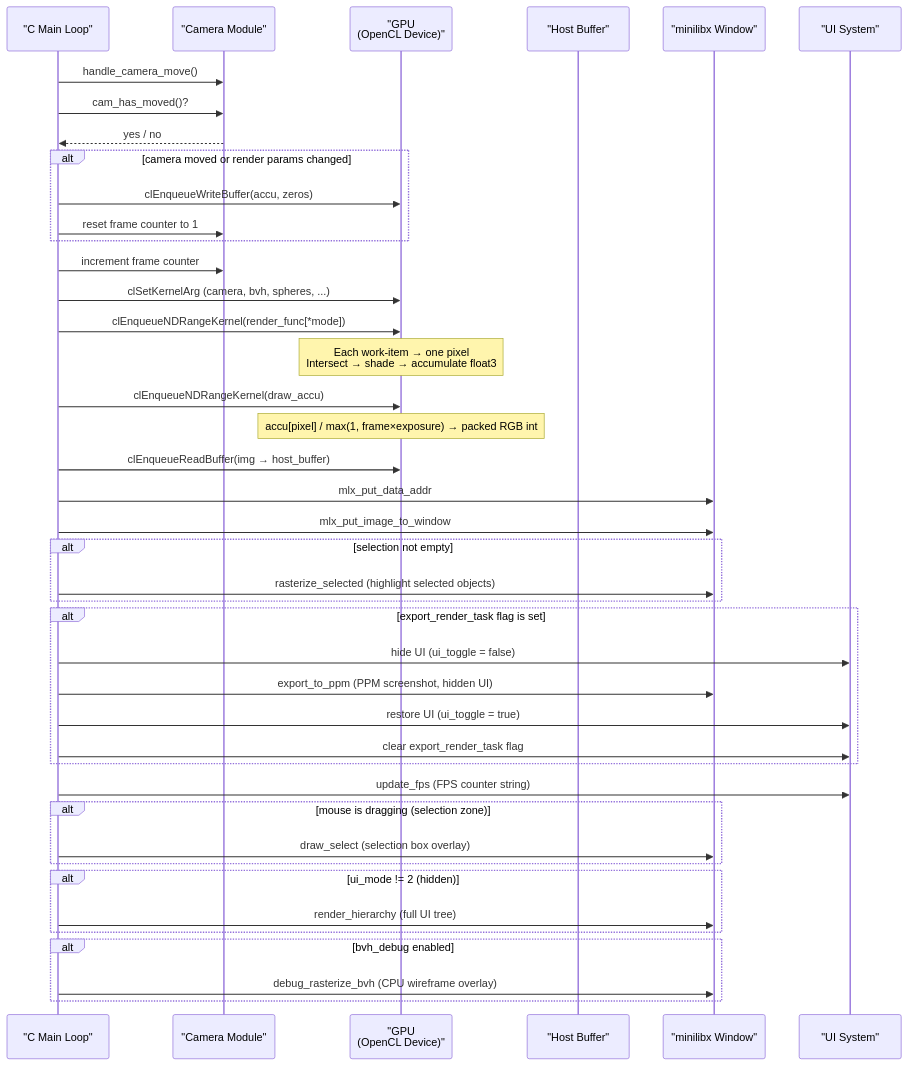
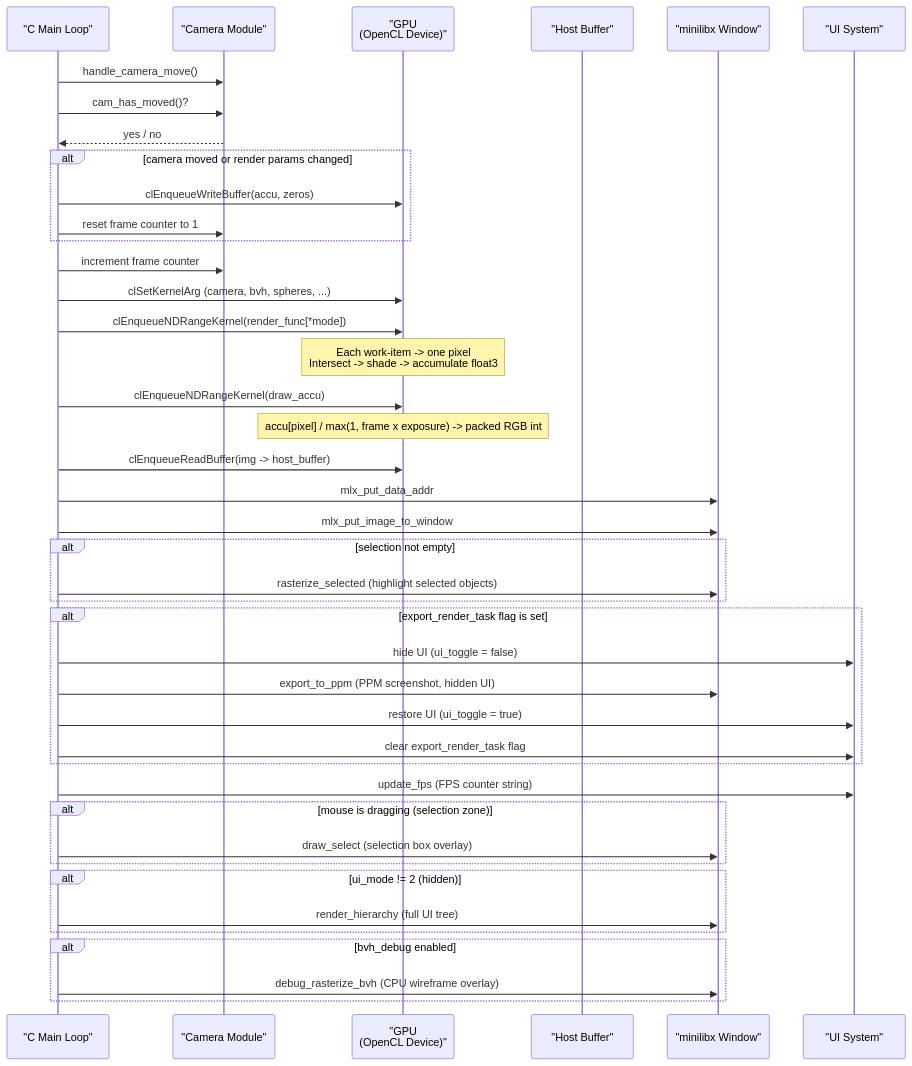
One commit to PabloBellissant/Minirt changed the second of 2 diagrams in docs/06-opencl-integration.md. Above: the diagram before and after it, drawn with Mermaid. The commit also changed other lines of this file and 21 other files, not shown here.

Commit message:
docs: rewrite all documentation from ground up with accurate architecture, SVG diagrams, prose over bullets, honest reality check and scrapped features, and factual fixes

````diff
--- a/docs/06-opencl-integration.md
+++ b/docs/06-opencl-integration.md
@@ -349,55 +150,55 @@
 ```mermaid
 sequenceDiagram
     participant Main as "C Main Loop"
     participant Cam as "Camera Module"
     participant GPU as "GPU<br/>(OpenCL Device)"
     participant HostBuf as "Host Buffer"
     participant Display as "minilibx Window"
     participant UI as "UI System"
 
     Main->>Cam: handle_camera_move()
     Main->>Cam: cam_has_moved()?
     Cam-->>Main: yes / no
 
     alt camera moved or render params changed
         Main->>GPU: clEnqueueWriteBuffer(accu, zeros)
         Main->>Cam: reset frame counter to 1
     end
 
     Main->>Cam: increment frame counter
     Main->>GPU: clSetKernelArg (camera, bvh, spheres, ...)
     Main->>GPU: clEnqueueNDRangeKernel(render_func[*mode])
-    Note over GPU: Each work-item → one pixel<br/>Intersect → shade → accumulate float3
+    Note over GPU: Each work-item -> one pixel<br/>Intersect -> shade -> accumulate float3
 
     Main->>GPU: clEnqueueNDRangeKernel(draw_accu)
-    Note over GPU: accu[pixel] / max(1, frame×exposure) → packed RGB int
+    Note over GPU: accu[pixel] / max(1, frame x exposure) -> packed RGB int
 
-    Main->>GPU: clEnqueueReadBuffer(img → host_buffer)
+    Main->>GPU: clEnqueueReadBuffer(img -> host_buffer)
     Main->>Display: mlx_put_data_addr
     Main->>Display: mlx_put_image_to_window
 
     alt selection not empty
         Main->>Display: rasterize_selected (highlight selected objects)
     end
 
     alt export_render_task flag is set
         Main->>UI: hide UI (ui_toggle = false)
         Main->>Display: export_to_ppm (PPM screenshot, hidden UI)
         Main->>UI: restore UI (ui_toggle = true)
         Main->>UI: clear export_render_task flag
     end
 
     Main->>UI: update_fps (FPS counter string)
 
     alt mouse is dragging (selection zone)
         Main->>Display: draw_select (selection box overlay)
     end
 
     alt ui_mode != 2 (hidden)
         Main->>Display: render_hierarchy (full UI tree)
     end
 
     alt bvh_debug enabled
         Main->>Display: debug_rasterize_bvh (CPU wireframe overlay)
     end
 ```
````
